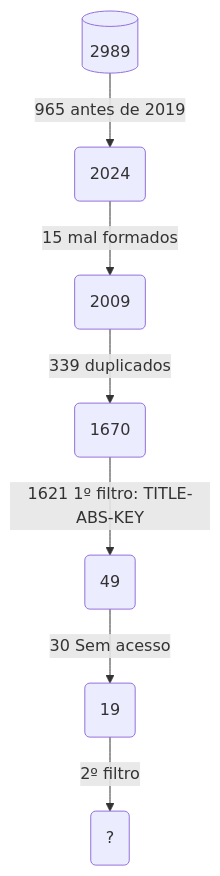
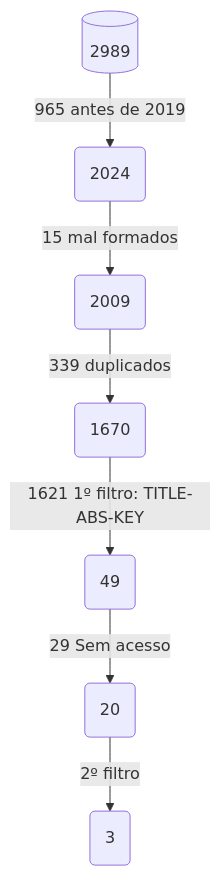
Before and after one commit to emanoelopes/-SBBD_DS4SG_2024_RSL: the diagram in flowchart.mermaid, drawn with Mermaid.

```diff
--- a/flowchart.mermaid
+++ b/flowchart.mermaid
@@ -1,7 +1,7 @@
 flowchart TD
     A[(2989)] -->|965 antes de 2019| B(2024)
     B --> |15 mal formados| C(2009)
     C --> |339 duplicados | D(1670)
     D --> |1621 1º filtro: TITLE-ABS-KEY | E(49)
-    E --> |30 Sem acesso| F(19)
-    F --> |2º filtro| G(?)
+    E --> |29 Sem acesso| F(20)
+    F --> |2º filtro| G(3)
```
